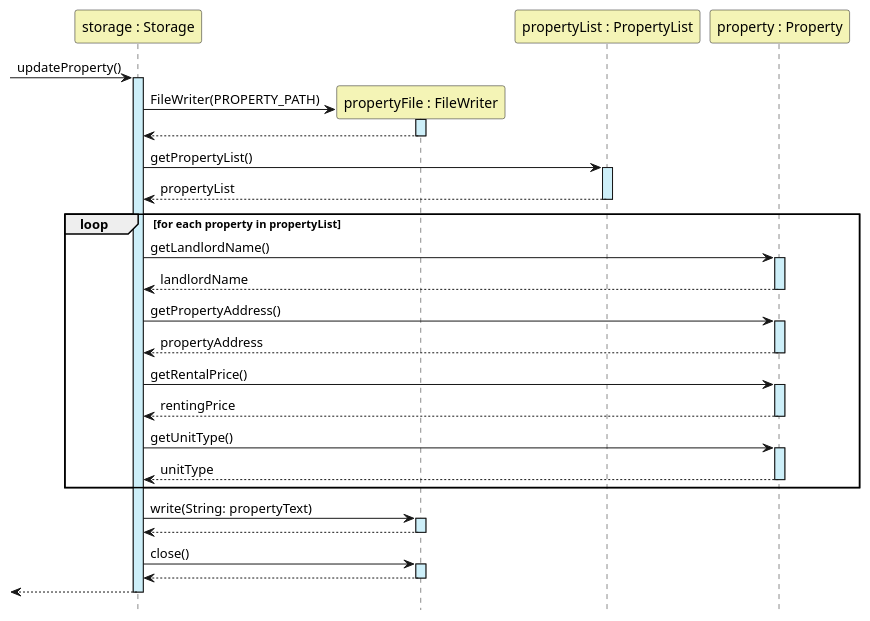
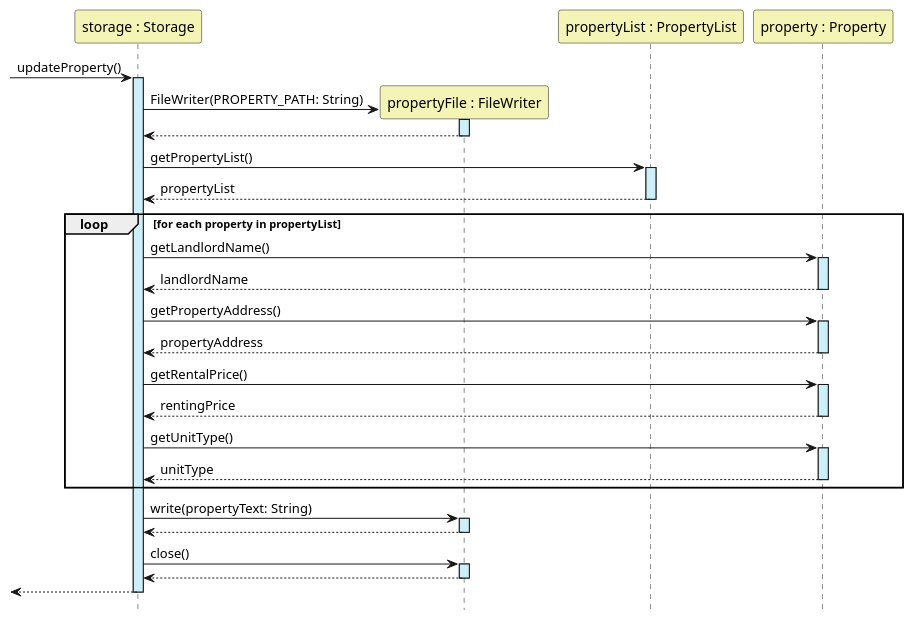
Before and after one commit to nus-cs2113-AY2223S1/tp: the diagram in docs/diagrams/PlantUML File/StorageUpdatePropertySequenceDiagram.puml, drawn with PlantUML. The commit also changed 16 other files, not shown here.

Commit message:
Update Developer Guide with Find feature and fix incorrect UML diagram

```diff
--- a/docs/diagrams/PlantUML File/StorageUpdatePropertySequenceDiagram.puml
+++ b/docs/diagrams/PlantUML File/StorageUpdatePropertySequenceDiagram.puml
@@ -1,50 +1,50 @@
 @startuml
 'https://plantuml.com/sequence-diagram
 
 hide footbox
 
 Participant "storage : Storage" as Storage #F4F4B6
 Participant "propertyFile : FileWriter" as FileWriter #F4F4B6
 Participant "propertyList : PropertyList" as PropertyList #F4F4B6
 Participant "property : Property" as Property #F4F4B6
 
 ->Storage:updateProperty()
 activate Storage #CDEFF9
 
 create FileWriter
-Storage -> FileWriter:FileWriter(PROPERTY_PATH)
+Storage -> FileWriter:FileWriter(PROPERTY_PATH: String)
 activate FileWriter #CDEFF9
 return
 
 Storage -> PropertyList:getPropertyList()
 activate PropertyList #CDEFF9
 return propertyList
 
     loop for each property in propertyList
         Storage -> Property:getLandlordName()
         activate Property #CDEFF9
         return landlordName
 
         Storage -> Property:getPropertyAddress()
         activate Property #CDEFF9
         return propertyAddress
 
         Storage -> Property:getRentalPrice()
         activate Property #CDEFF9
         return rentingPrice
 
         Storage -> Property:getUnitType()
         activate Property #CDEFF9
         return unitType
     end
 
-Storage -> FileWriter:write(String: propertyText)
+Storage -> FileWriter:write(propertyText: String)
 activate FileWriter #CDEFF9
 return
 
 Storage -> FileWriter:close()
 activate FileWriter #CDEFF9
 return
 return
 
 @enduml
```
